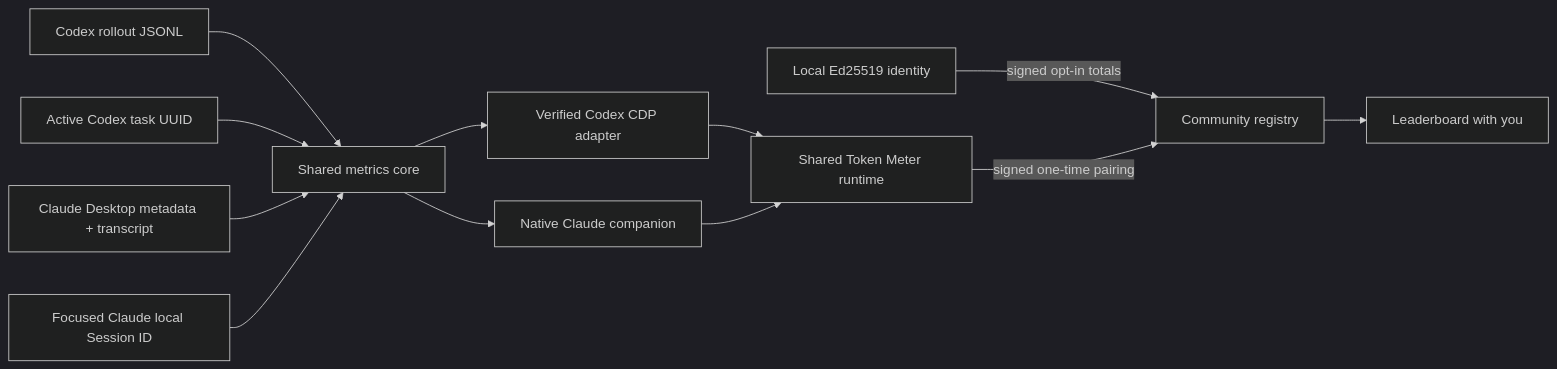
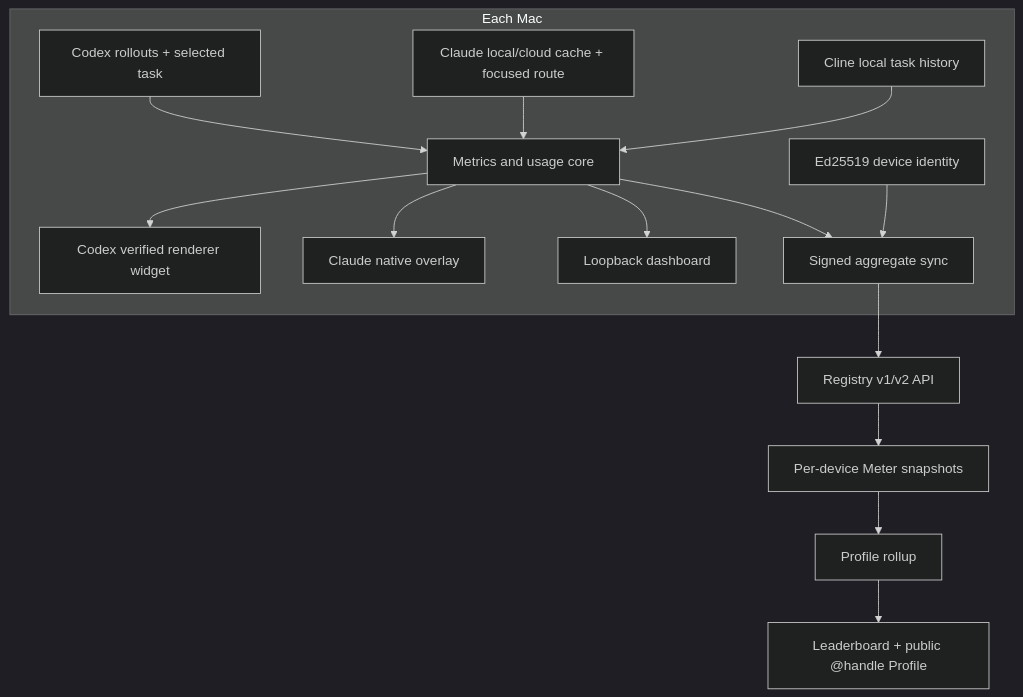
The second of 2 diagrams in README.md (SergioChan/token-meter), drawn with Mermaid (dark theme) before and after one commit. The commit also changed other lines of this file and 23 other files, not shown here.

Commit message:
feat: harden multi-device profile rollout

````diff
--- a/README.md
+++ b/README.md
@@ -228,16 +312,18 @@
 ```mermaid
-flowchart LR
-  C1["Codex rollout JSONL"] --> CORE["Shared metrics core"]
-  C2["Active Codex task UUID"] --> CORE
-  CORE --> CDP["Verified Codex CDP adapter"]
-  CDP --> UI["Shared Token Meter runtime"]
+flowchart TB
+  subgraph Local["Each Mac"]
+    CX["Codex rollouts + selected task"] --> CORE["Metrics and usage core"]
+    CL["Claude local/cloud cache + focused route"] --> CORE
+    CI["Cline local task history"] --> CORE
+    CORE --> CW["Codex verified renderer widget"]
+    CORE --> NW["Claude native overlay"]
+    CORE --> DASH["Loopback dashboard"]
+    KEY["Ed25519 device identity"] --> SYNC["Signed aggregate sync"]
+    CORE --> SYNC
+  end
 
-  A1["Claude Desktop metadata + transcript"] --> CORE
-  A2["Focused Claude local Session ID"] --> CORE
-  CORE --> NATIVE["Native Claude companion"]
-  NATIVE --> UI
-
-  ID["Local Ed25519 identity"] -->|"signed opt-in totals"| REG["Community registry"]
-  UI -->|"signed one-time pairing"| REG
-  REG --> WEB["Leaderboard with you"]
+  SYNC --> API["Registry v1/v2 API"]
+  API --> METERS["Per-device Meter snapshots"]
+  METERS --> ROLLUP["Profile rollup"]
+  ROLLUP --> WEB["Leaderboard + public @handle Profile"]
 ```
````
